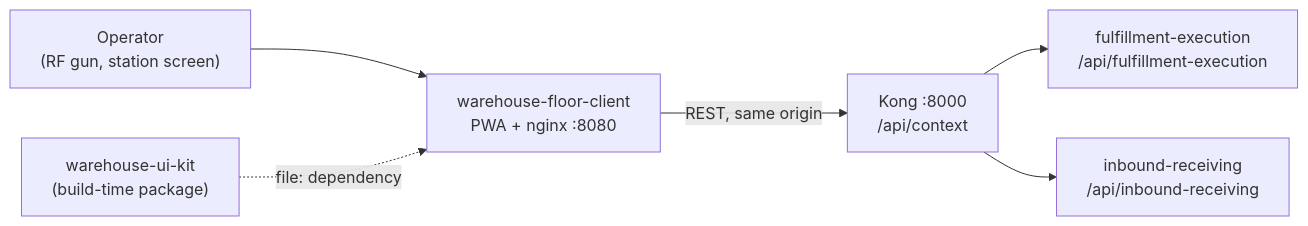
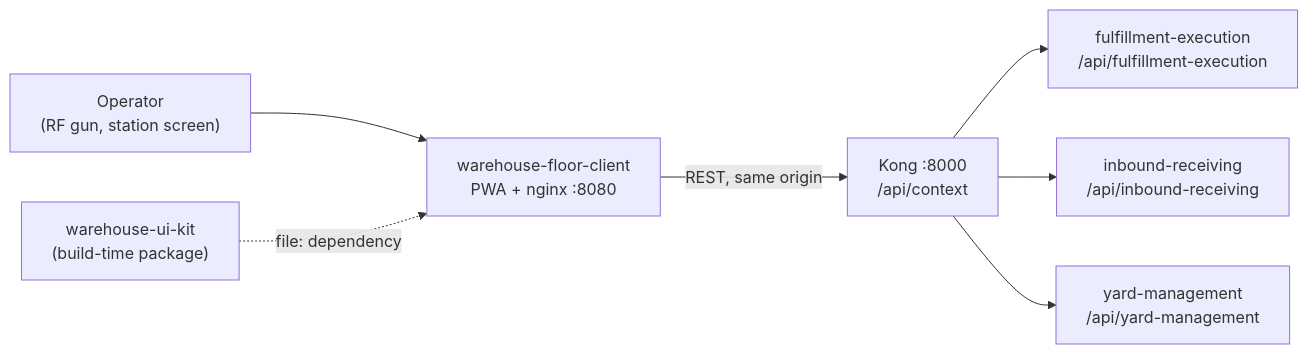
Before and after one commit to IQVO/warehouse-floor-client: the diagram in docs/docs/ecosystem/integration.md, drawn with Mermaid. The commit also changed other lines of this file and 42 other files, not shown here.

````diff
--- a/docs/docs/ecosystem/integration.md
+++ b/docs/docs/ecosystem/integration.md
@@ -19,15 +19,17 @@
 ```mermaid
 graph LR
   Op["Operator<br/>(RF gun, station screen)"]
   FC["warehouse-floor-client<br/>PWA + nginx :8080"]
   Kong["Kong :8000<br/>/api/context"]
   FE["fulfillment-execution<br/>/api/fulfillment-execution"]
   IR["inbound-receiving<br/>/api/inbound-receiving"]
+  YM["yard-management<br/>/api/yard-management"]
   UI["warehouse-ui-kit<br/>(build-time package)"]
 
   Op --> FC
   FC -->|"REST, same origin"| Kong
   Kong --> FE
   Kong --> IR
+  Kong --> YM
   UI -.->|"file: dependency"| FC
 ```
````
